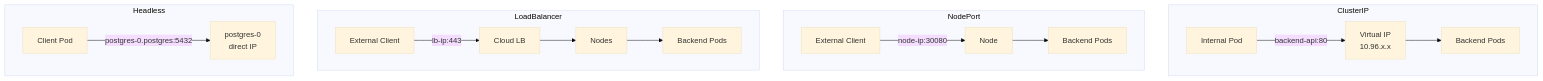
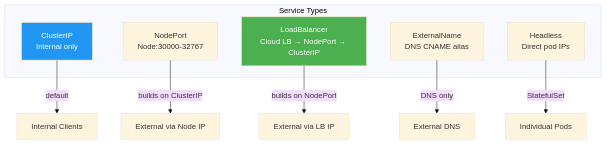
Before and after one commit to greg4fun/kubernetesrecipes.github.io: the diagram in src/content/recipes/kubernetes-service-types-explained.md, drawn with Mermaid (base theme). The commit also changed other lines of this file and 9 other files, not shown here.

````diff
--- a/src/content/recipes/kubernetes-service-types-explained.md
+++ b/src/content/recipes/kubernetes-service-types-explained.md
@@ -92,15 +130,19 @@
 ```mermaid
 graph TD
-    subgraph ClusterIP
-        INTERNAL[Internal Pod] -->|backend-api:80| CIP[Virtual IP<br/>10.96.x.x] --> BACKENDS[Backend Pods]
+    subgraph Service Types
+        CI[ClusterIP<br/>Internal only]
+        NP[NodePort<br/>Node:30000-32767]
+        LB[LoadBalancer<br/>Cloud LB → NodePort → ClusterIP]
+        EN[ExternalName<br/>DNS CNAME alias]
+        HL[Headless<br/>Direct pod IPs]
     end
-    subgraph NodePort
-        EXTERNAL1[External Client] -->|node-ip:30080| NP[Node] --> BACKENDS2[Backend Pods]
-    end
-    subgraph LoadBalancer
-        EXTERNAL2[External Client] -->|lb-ip:443| LB[Cloud LB] --> NODES[Nodes] --> BACKENDS3[Backend Pods]
-    end
-    subgraph Headless
-        CLIENT[Client Pod] -->|postgres-0.postgres:5432| POD0[postgres-0<br/>direct IP]
-    end
+    
+    CI --> |default| INT[Internal Clients]
+    NP --> |builds on ClusterIP| EXT1[External via Node IP]
+    LB --> |builds on NodePort| EXT2[External via LB IP]
+    EN --> |DNS only| DNS[External DNS]
+    HL --> |StatefulSet| PODS[Individual Pods]
+    
+    style LB fill:#4CAF50,color:white
+    style CI fill:#2196F3,color:white
 ```
````
